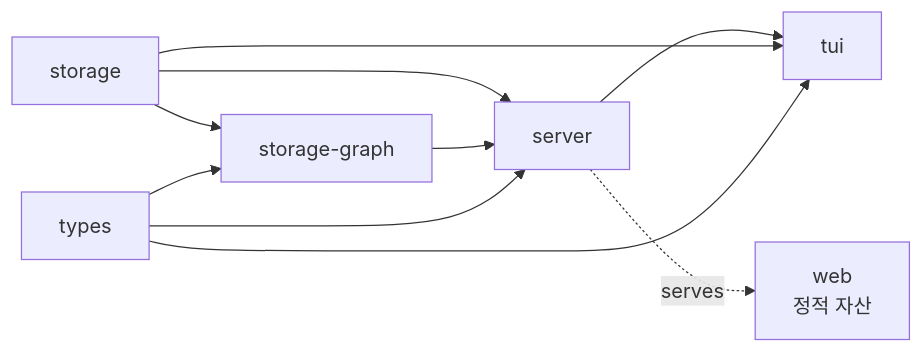
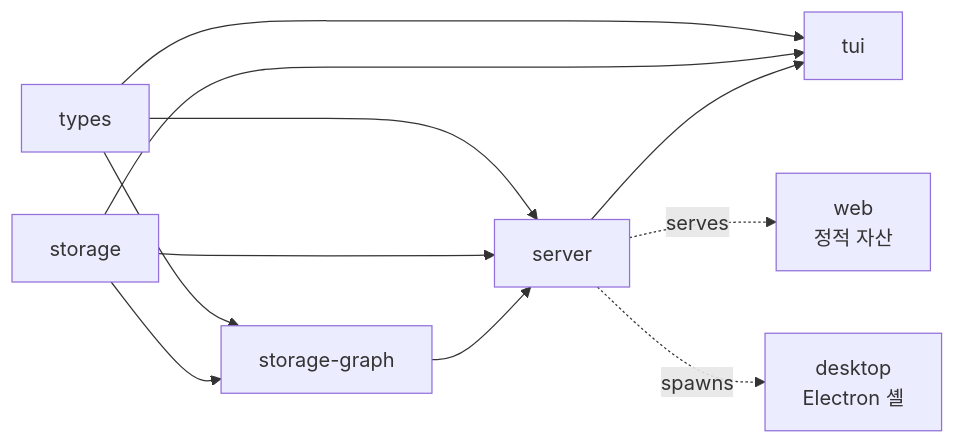
The first of 2 diagrams in docs/architecture/contributing.md (gmoon92/claude-spyglass), drawn with Mermaid before and after one commit. The commit also changed other lines of this file and 9 other files, not shown here.

Commit message:
docs(architecture): 아키텍처 문서 소스 기준 현행화

````diff
--- a/docs/architecture/contributing.md
+++ b/docs/architecture/contributing.md
@@ -172,19 +172,21 @@
 ```mermaid
 graph LR
     types[types]
     storage[storage]
     sgraph[storage-graph]
     server[server]
     tui[tui]
     web[web<br/>정적 자산]
+    desktop[desktop<br/>Electron 셸]
 
+    types --> sgraph
+    types --> server
+    types --> tui
     storage --> sgraph
-    types --> sgraph
     storage --> server
+    storage --> tui
     sgraph --> server
-    types --> server
     server --> tui
-    storage --> tui
-    types --> tui
     server -.serves.-> web
+    server -.spawns.-> desktop
 ```
````
